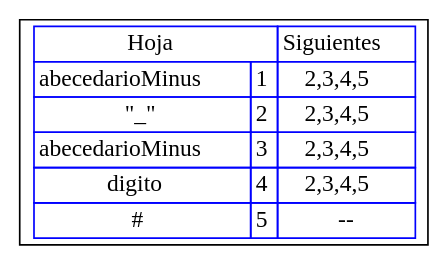
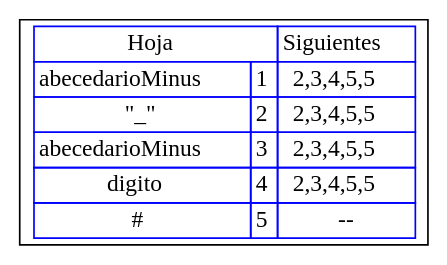
Before and after one commit to Racs0XD/-OLC1-Proyecto1_201603028: the diagram in Py1_201603028/src/SIGUIENTES_201603028/identificador.dot, drawn with Graphviz. The commit also changed 60 other files, not shown here.

```diff
--- a/Py1_201603028/src/SIGUIENTES_201603028/identificador.dot
+++ b/Py1_201603028/src/SIGUIENTES_201603028/identificador.dot
@@ -1,21 +1,21 @@
 digraph G{
 rankdir=UD
 node[shape=box]
 concentrate=true
 nodo0 [ label =<<table border='0' cellborder='1' color='blue' cellspacing='0'>
 <tr><td colspan="2">Hoja</td><td>Siguientes</td></tr>
 
-<tr><td>abecedarioMinus</td><td>1</td><td>2,3,4,5</td></tr>
+<tr><td>abecedarioMinus</td><td>1</td><td>2,3,4,5,5</td></tr>
 
-<tr><td>"_"</td><td>2</td><td>2,3,4,5</td></tr>
+<tr><td>"_"</td><td>2</td><td>2,3,4,5,5</td></tr>
 
-<tr><td>abecedarioMinus</td><td>3</td><td>2,3,4,5</td></tr>
+<tr><td>abecedarioMinus</td><td>3</td><td>2,3,4,5,5</td></tr>
 
-<tr><td>digito</td><td>4</td><td>2,3,4,5</td></tr>
+<tr><td>digito</td><td>4</td><td>2,3,4,5,5</td></tr>
 
 <tr><td>#</td><td>5</td><td>--</td></tr>
 
 </table>
 >];
 
 }
```
